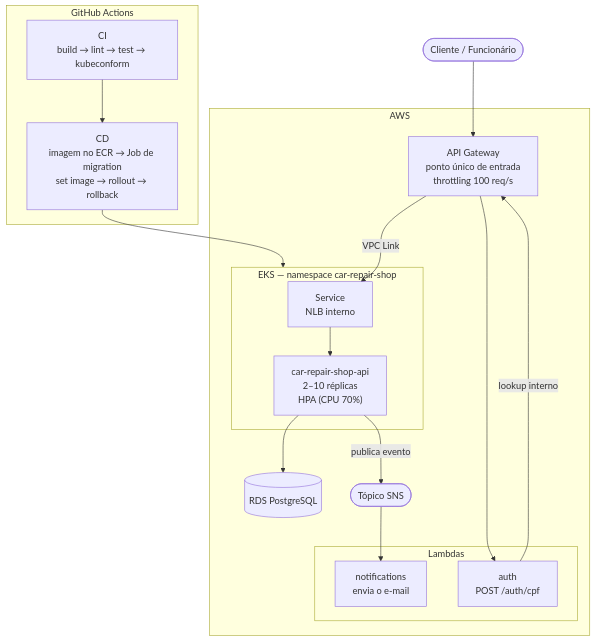
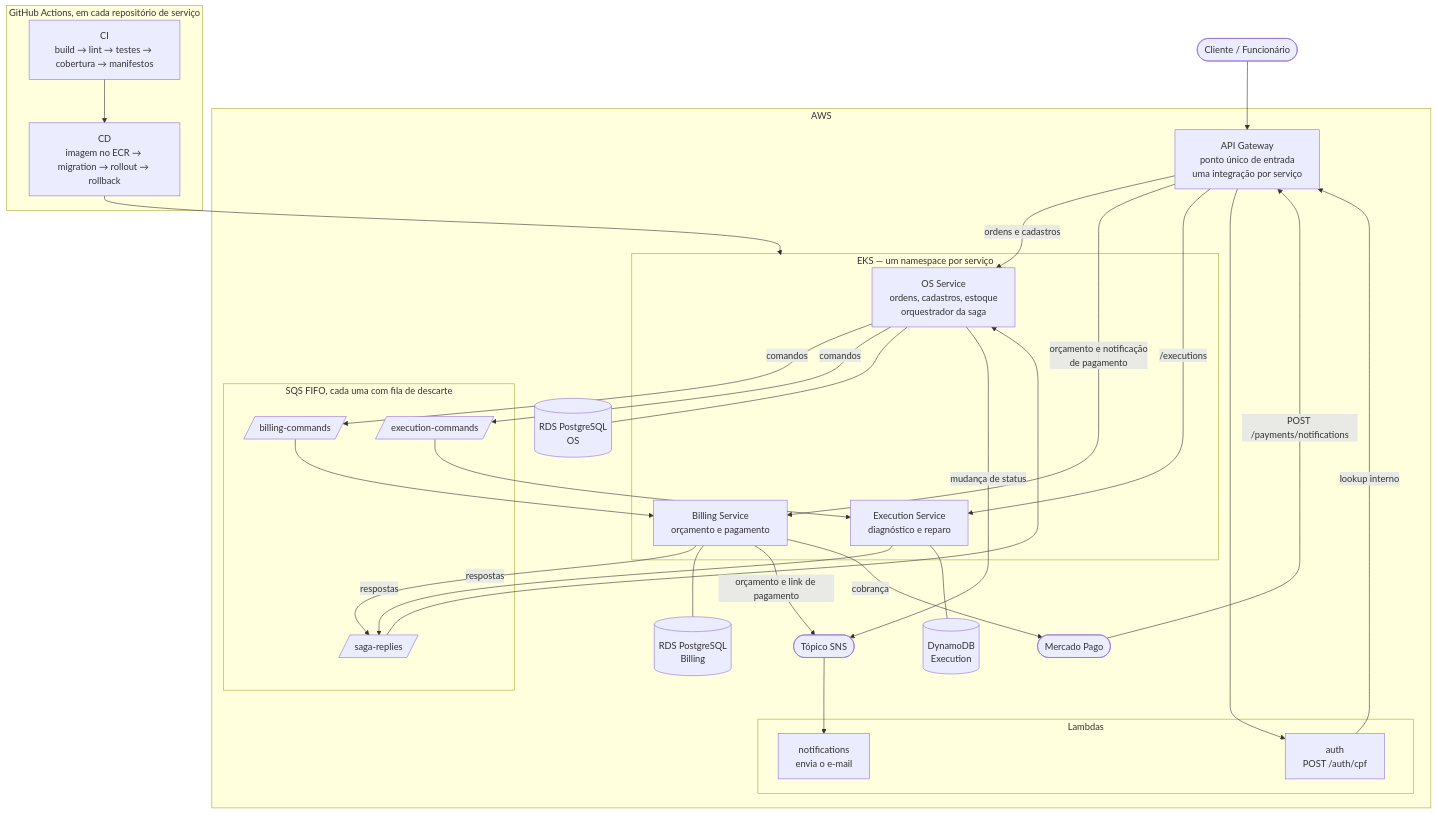
The diagram in README.md (diandria/fiap-tech-challenge), drawn with Mermaid before and after one commit. The commit also changed other lines of this file and 1 other file, not shown here.

Commit message:
docs: describe the os service and the orchestrated saga in the readme

````diff
--- a/README.md
+++ b/README.md
@@ -89,38 +123,61 @@
 ```mermaid
 flowchart TB
     user(["Cliente / Funcionário"])
+    mp(["Mercado Pago"])
 
     subgraph aws["AWS"]
-        gw["API Gateway\nponto único de entrada\nthrottling 100 req/s"]
+        gw["API Gateway\nponto único de entrada\numa integração por serviço"]
 
         subgraph serverless["Lambdas"]
             authfn["auth\nPOST /auth/cpf"]
             notifyfn["notifications\nenvia o e-mail"]
         end
 
-        subgraph k8s["EKS — namespace car-repair-shop"]
-            svc["Service\nNLB interno"]
-            app["car-repair-shop-api\n2–10 réplicas\nHPA (CPU 70%)"]
-            svc --> app
+        subgraph k8s["EKS — um namespace por serviço"]
+            os["OS Service\nordens, cadastros, estoque\norquestrador da saga"]
+            billing["Billing Service\norçamento e pagamento"]
+            execution["Execution Service\ndiagnóstico e reparo"]
         end
 
-        rds[("RDS PostgreSQL")]
+        subgraph queues["SQS FIFO, cada uma com fila de descarte"]
+            qb[/"billing-commands"/]
+            qe[/"execution-commands"/]
+            qr[/"saga-replies"/]
+        end
+
+        rdsos[("RDS PostgreSQL\nOS")]
+        rdsbill[("RDS PostgreSQL\nBilling")]
+        ddb[("DynamoDB\nExecution")]
         sns(["Tópico SNS"])
 
-        gw -->|"VPC Link"| svc
+        gw -->|"ordens e cadastros"| os
+        gw -->|"orçamento e notificação\nde pagamento"| billing
+        gw -->|"/executions"| execution
         gw --> authfn
         authfn -->|"lookup interno"| gw
-        app --> rds
-        app -->|"publica evento"| sns
+
+        os -->|"comandos"| qb --> billing
+        os -->|"comandos"| qe --> execution
+        billing -->|"respostas"| qr
+        execution -->|"respostas"| qr
+        qr --> os
+
+        os --- rdsos
+        billing --- rdsbill
+        execution --- ddb
+        os -->|"mudança de status"| sns
+        billing -->|"orçamento e link de pagamento"| sns
         sns --> notifyfn
+        billing -->|"cobrança"| mp
     end
 
-    subgraph gha["GitHub Actions"]
-        ci["CI\nbuild → lint → test → kubeconform"]
-        cd["CD\nimagem no ECR → Job de migration\nset image → rollout → rollback"]
+    subgraph gha["GitHub Actions, em cada repositório de serviço"]
+        ci["CI\nbuild → lint → testes → cobertura → manifestos"]
+        cd["CD\nimagem no ECR → migration → rollout → rollback"]
         ci --> cd
     end
 
     user --> gw
+    mp -->|"POST /payments/notifications"| gw
     cd --> k8s
 ```
````
